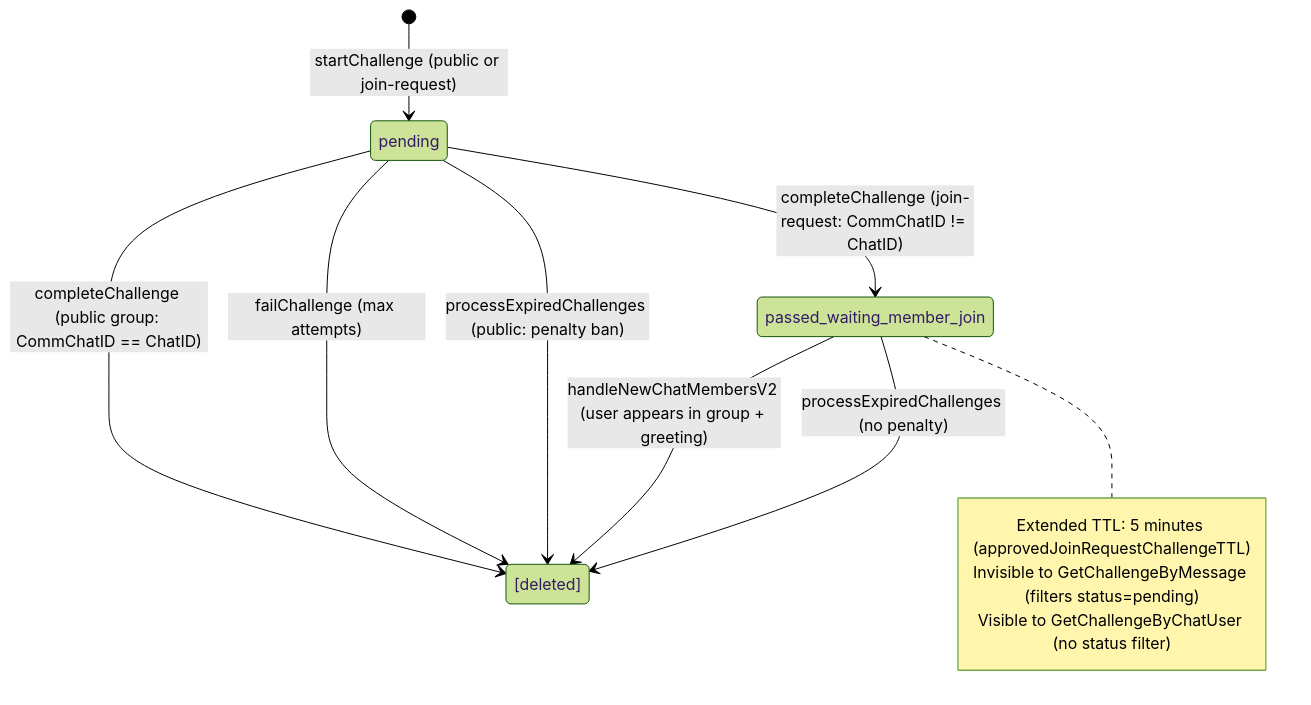
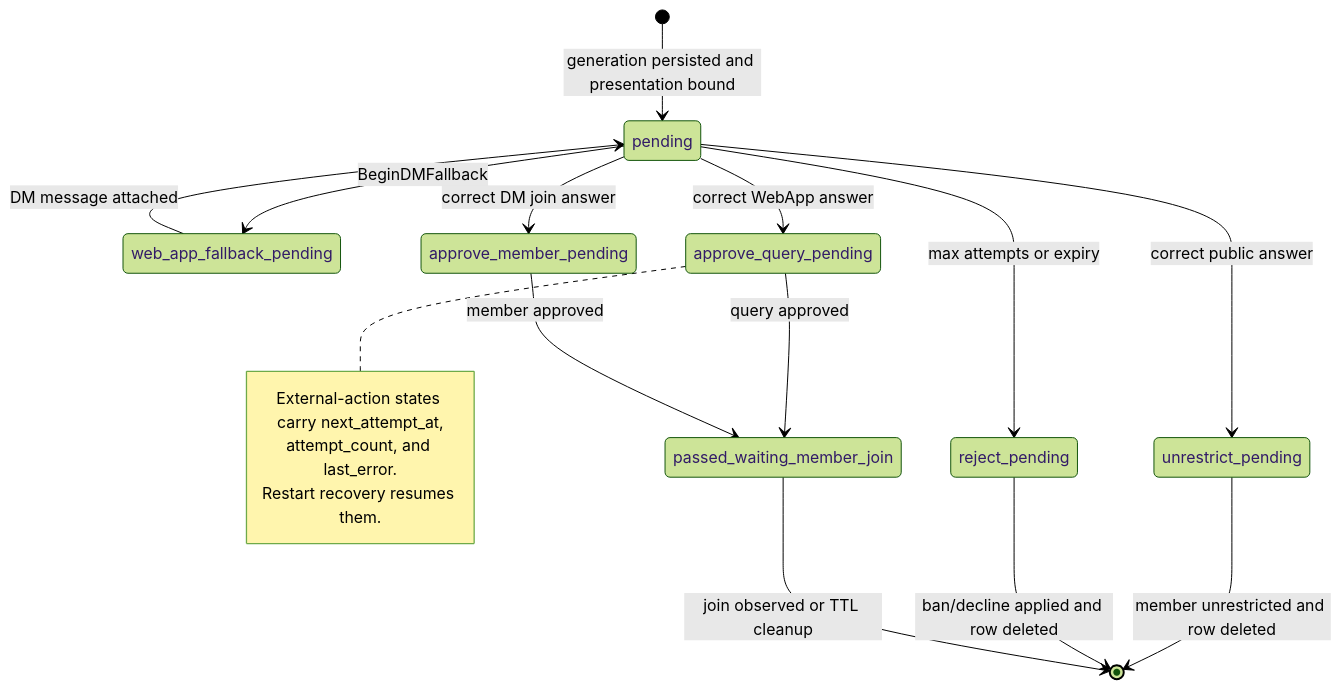
One commit to iamwavecut/ngbot changed the second of 11 diagrams in docs/CODEBASE_MAP.md. Above: the diagram before and after it, drawn with Mermaid (forest theme). The commit also changed other lines of this file and 106 other files, not shown here.

````diff
--- a/docs/CODEBASE_MAP.md
+++ b/docs/CODEBASE_MAP.md
@@ -373,18 +392,21 @@
 ```mermaid
 stateDiagram-v2
-    [*] --> pending: startChallenge (public or join-request)
+    [*] --> pending: generation persisted and presentation bound
+    pending --> web_app_fallback_pending: BeginDMFallback
+    web_app_fallback_pending --> pending: DM message attached
+    pending --> approve_query_pending: correct WebApp answer
+    pending --> approve_member_pending: correct DM join answer
+    pending --> unrestrict_pending: correct public answer
+    pending --> reject_pending: max attempts or expiry
+    approve_query_pending --> passed_waiting_member_join: query approved
+    approve_member_pending --> passed_waiting_member_join: member approved
+    unrestrict_pending --> [*]: member unrestricted and row deleted
+    reject_pending --> [*]: ban/decline applied and row deleted
+    passed_waiting_member_join --> [*]: join observed or TTL cleanup
 
-    pending --> [deleted]: completeChallenge (public group: CommChatID == ChatID)
-    pending --> passed_waiting_member_join: completeChallenge (join-request: CommChatID != ChatID)
-    pending --> [deleted]: failChallenge (max attempts)
-    pending --> [deleted]: processExpiredChallenges (public: penalty ban)
-
-    passed_waiting_member_join --> [deleted]: handleNewChatMembersV2 (user appears in group + greeting)
-    passed_waiting_member_join --> [deleted]: processExpiredChallenges (no penalty)
-
-    note right of passed_waiting_member_join
-        Extended TTL: 5 minutes (approvedJoinRequestChallengeTTL)
-        Invisible to GetChallengeByMessage (filters status=pending)
-        Visible to GetChallengeByChatUser (no status filter)
+    note right of approve_query_pending
+        External-action states carry next_attempt_at,
+        attempt_count, and last_error.
+        Restart recovery resumes them.
     end note
 ```
````
